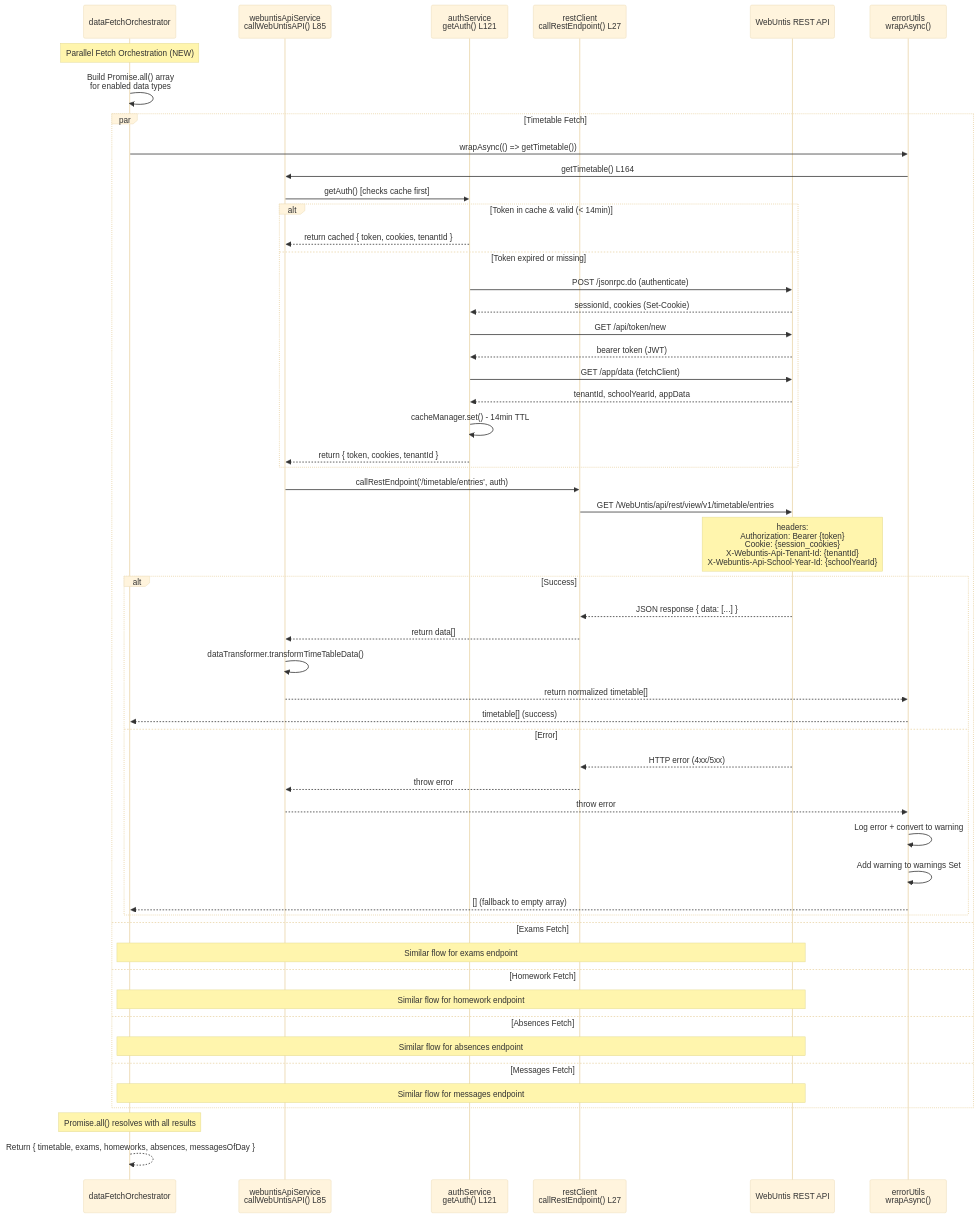
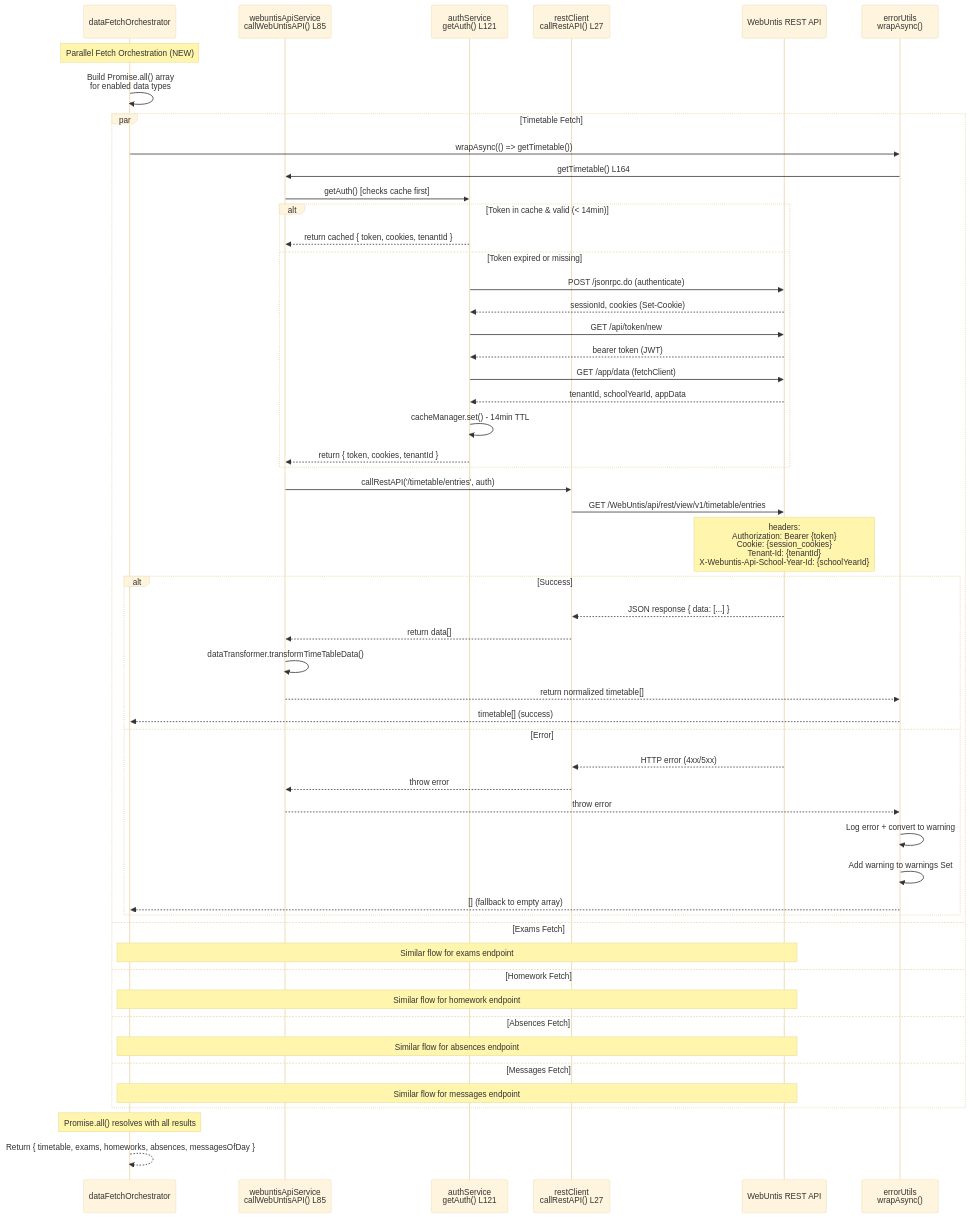
One commit to HeikoGr/MMM-Webuntis changed the sixth of 13 diagrams in docs/ARCHITECTURE.md. Above: the diagram before and after it, drawn with Mermaid (base theme). The commit also changed other lines of this file and 16 other files, not shown here.

````diff
--- a/docs/ARCHITECTURE.md
+++ b/docs/ARCHITECTURE.md
@@ -560,61 +561,61 @@
 ```mermaid
 sequenceDiagram
     participant Orch as dataFetchOrchestrator
     participant API as webuntisApiService<br/>callWebUntisAPI() L85
     participant Auth as authService<br/>getAuth() L121
-    participant RC as restClient<br/>callRestEndpoint() L27
+    participant RC as restClient<br/>callRestAPI() L27
     participant REST as WebUntis REST API
     participant ErrUtils as errorUtils<br/>wrapAsync()
 
     Note over Orch: Parallel Fetch Orchestration (NEW)
     Orch->>Orch: Build Promise.all() array<br/>for enabled data types
 
     par Timetable Fetch
         Orch->>ErrUtils: wrapAsync(() => getTimetable())
         ErrUtils->>API: getTimetable() L164
         API->>Auth: getAuth() [checks cache first]
 
         alt Token in cache & valid (< 14min)
             Auth-->>API: return cached { token, cookies, tenantId }
         else Token expired or missing
             Auth->>REST: POST /jsonrpc.do (authenticate)
             REST-->>Auth: sessionId, cookies (Set-Cookie)
             Auth->>REST: GET /api/token/new
             REST-->>Auth: bearer token (JWT)
             Auth->>REST: GET /app/data (fetchClient)
             REST-->>Auth: tenantId, schoolYearId, appData
             Auth->>Auth: cacheManager.set() - 14min TTL
             Auth-->>API: return { token, cookies, tenantId }
         end
 
-        API->>RC: callRestEndpoint('/timetable/entries', auth)
+        API->>RC: callRestAPI('/timetable/entries', auth)
         RC->>REST: GET /WebUntis/api/rest/view/v1/timetable/entries
-        Note over REST: headers:<br/>Authorization: Bearer {token}<br/>Cookie: {session_cookies}<br/>X-Webuntis-Api-Tenant-Id: {tenantId}<br/>X-Webuntis-Api-School-Year-Id: {schoolYearId}
+        Note over REST: headers:<br/>Authorization: Bearer {token}<br/>Cookie: {session_cookies}<br/>Tenant-Id: {tenantId}<br/>X-Webuntis-Api-School-Year-Id: {schoolYearId}
 
         alt Success
             REST-->>RC: JSON response { data: [...] }
             RC-->>API: return data[]
             API->>API: dataTransformer.transformTimeTableData()
             API-->>ErrUtils: return normalized timetable[]
             ErrUtils-->>Orch: timetable[] (success)
         else Error
             REST-->>RC: HTTP error (4xx/5xx)
             RC-->>API: throw error
             API-->>ErrUtils: throw error
             ErrUtils->>ErrUtils: Log error + convert to warning
             ErrUtils->>ErrUtils: Add warning to warnings Set
             ErrUtils-->>Orch: [] (fallback to empty array)
         end
     and Exams Fetch
         Note over Orch,REST: Similar flow for exams endpoint
     and Homework Fetch
         Note over Orch,REST: Similar flow for homework endpoint
     and Absences Fetch
         Note over Orch,REST: Similar flow for absences endpoint
     and Messages Fetch
         Note over Orch,REST: Similar flow for messages endpoint
     end
 
     Note over Orch: Promise.all() resolves with all results
     Orch-->>Orch: Return { timetable, exams, homeworks, absences, messagesOfDay }
 ```
````
